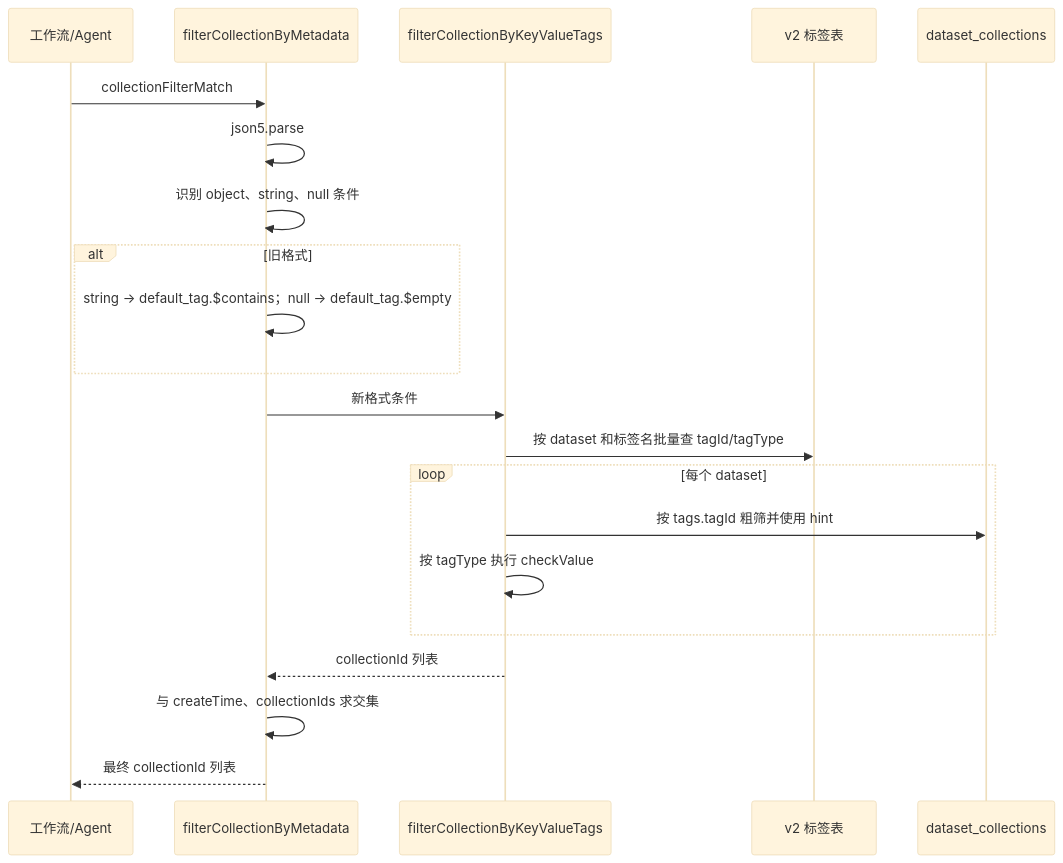
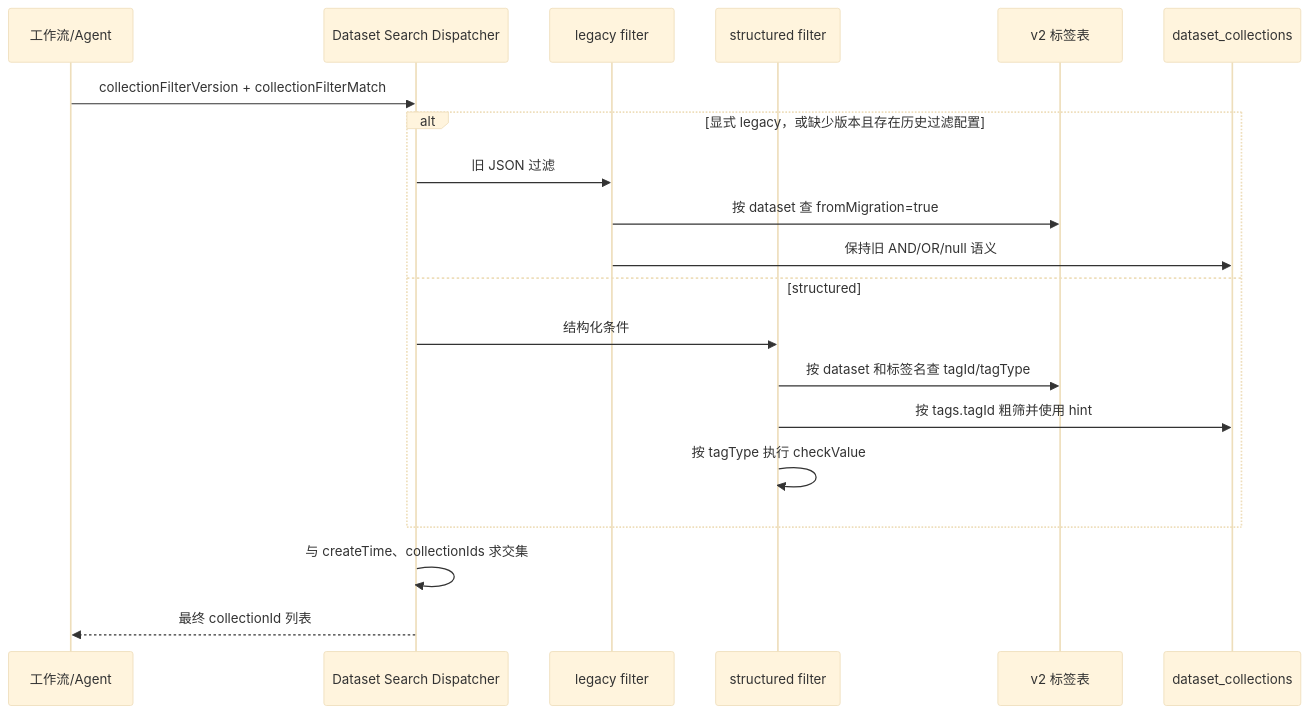
Before and after one commit to labring/FastGPT: the fourth of 4 diagrams in .agents/design/知识库标签-设计文档.md, drawn with Mermaid (base theme). The commit also changed other lines of this file and 113 other files, not shown here.

First line of the commit message:
feat(dataset/tag): add structured workflow tag filters (#7658)

````diff
--- a/.agents/design/知识库标签-设计文档.md
+++ b/.agents/design/知识库标签-设计文档.md
@@ -274,24 +267,23 @@
 ```mermaid
 sequenceDiagram
   participant Workflow as 工作流/Agent
-  participant Entry as filterCollectionByMetadata
-  participant Filter as filterCollectionByKeyValueTags
+  participant Dispatcher as Dataset Search Dispatcher
+  participant Legacy as legacy filter
+  participant Structured as structured filter
   participant TagDB as v2 标签表
   participant ColDB as dataset_collections
 
-  Workflow->>Entry: collectionFilterMatch
-  Entry->>Entry: json5.parse
-  Entry->>Entry: 识别 object、string、null 条件
-  alt 旧格式
-    Entry->>Entry: string -> default_tag.$contains；null -> default_tag.$empty
+  Workflow->>Dispatcher: collectionFilterVersion + collectionFilterMatch
+  alt 显式 legacy，或缺少版本且存在历史过滤配置
+    Dispatcher->>Legacy: 旧 JSON 过滤
+    Legacy->>TagDB: 按 dataset 查 fromMigration=true
+    Legacy->>ColDB: 保持旧 AND/OR/null 语义
+  else structured
+    Dispatcher->>Structured: 结构化条件
+    Structured->>TagDB: 按 dataset 和标签名查 tagId/tagType
+    Structured->>ColDB: 按 tags.tagId 粗筛并使用 hint
+    Structured->>Structured: 按 tagType 执行 checkValue
   end
-  Entry->>Filter: 新格式条件
-  Filter->>TagDB: 按 dataset 和标签名批量查 tagId/tagType
-  loop 每个 dataset
-    Filter->>ColDB: 按 tags.tagId 粗筛并使用 hint
-    Filter->>Filter: 按 tagType 执行 checkValue
-  end
-  Filter-->>Entry: collectionId 列表
-  Entry->>Entry: 与 createTime、collectionIds 求交集
-  Entry-->>Workflow: 最终 collectionId 列表
+  Dispatcher->>Dispatcher: 与 createTime、collectionIds 求交集
+  Dispatcher-->>Workflow: 最终 collectionId 列表
 ```
````
